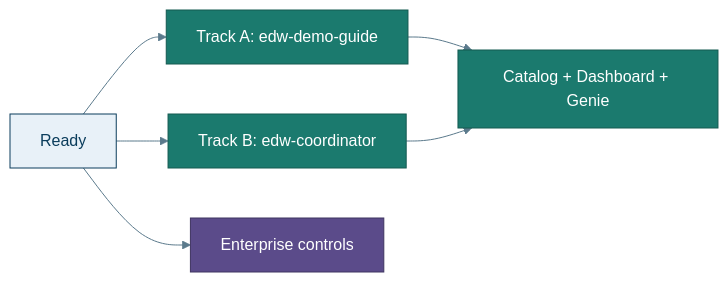
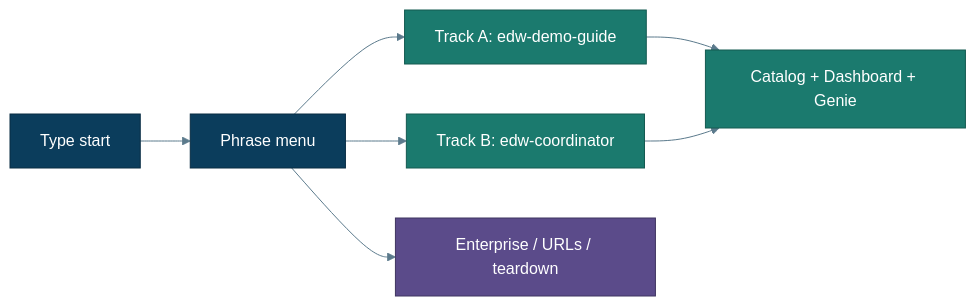
The second of 2 diagrams in docs/getting-started.md (Jericho2010/edwmigration), drawn with Mermaid before and after one commit. The commit also changed other lines of this file and 58 other files, not shown here.

First line of the commit message:
Add edw-start front door, harden subagents, and clarify start-first docs.

````diff
--- a/docs/getting-started.md
+++ b/docs/getting-started.md
@@ -97,13 +105,16 @@
 ```mermaid
 %%{init: {"theme":"base","themeVariables":{"primaryColor":"#E8F1F8","primaryTextColor":"#0B3D5C","primaryBorderColor":"#0B3D5C","lineColor":"#5B7A8C","secondaryColor":"#E6F4F1","tertiaryColor":"#F7F3EA","background":"#FFFFFF","mainBkg":"#E8F1F8","clusterBkg":"#F7FAFC","clusterBorder":"#5B7A8C","titleColor":"#0B3D5C","edgeLabelBackground":"#FFFFFF"}}}%%
 flowchart LR
-  Start[Ready] --> A[Track A: edw-demo-guide]
-  Start --> B[Track B: edw-coordinator]
-  Start --> E[Enterprise controls]
+  Start[Type start] --> Menu[Phrase menu]
+  Menu --> A[Track A: edw-demo-guide]
+  Menu --> B[Track B: edw-coordinator]
+  Menu --> E[Enterprise / URLs / teardown]
   A --> Out[Catalog + Dashboard + Genie]
   B --> Out
+  classDef user fill:#0B3D5C,stroke:#082C43,color:#fff
   classDef agent fill:#1B7A6E,stroke:#145A51,color:#fff
   classDef ops fill:#5B4B8A,stroke:#3F3460,color:#fff
+  class Start,Menu user
   class A,B,Out agent
   class E ops
 ```
````
